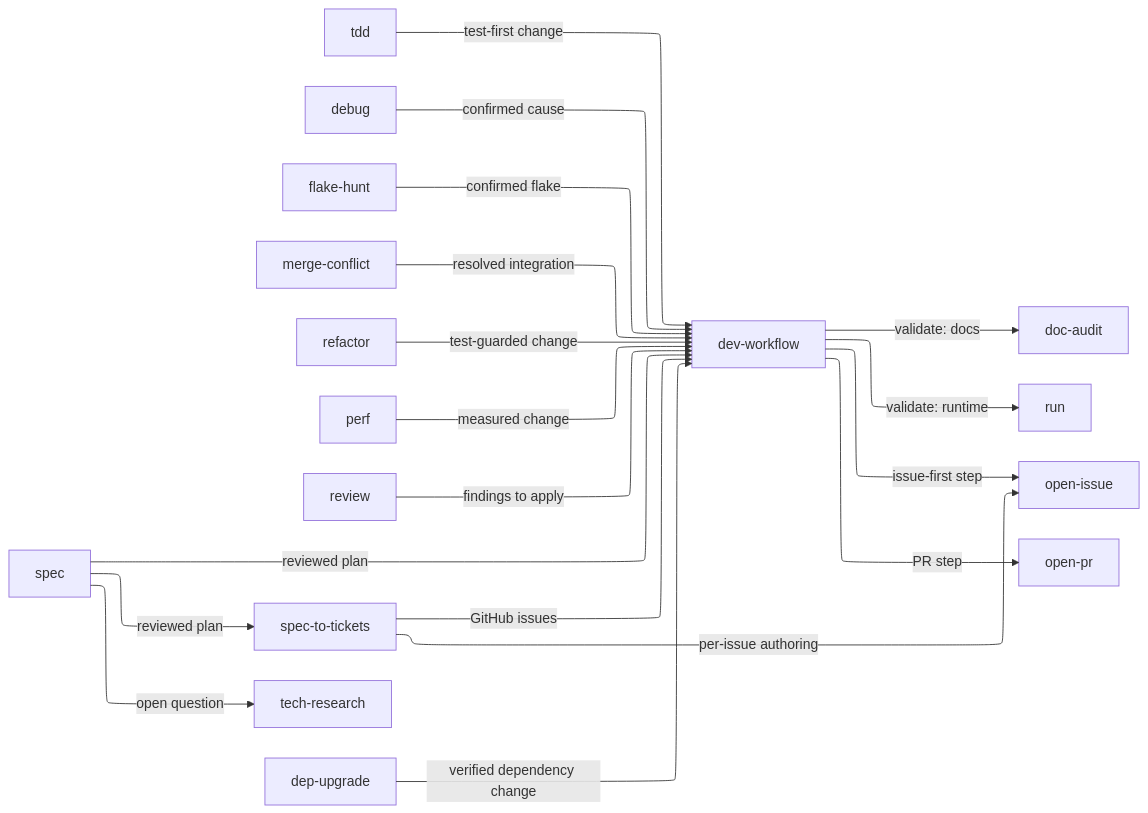
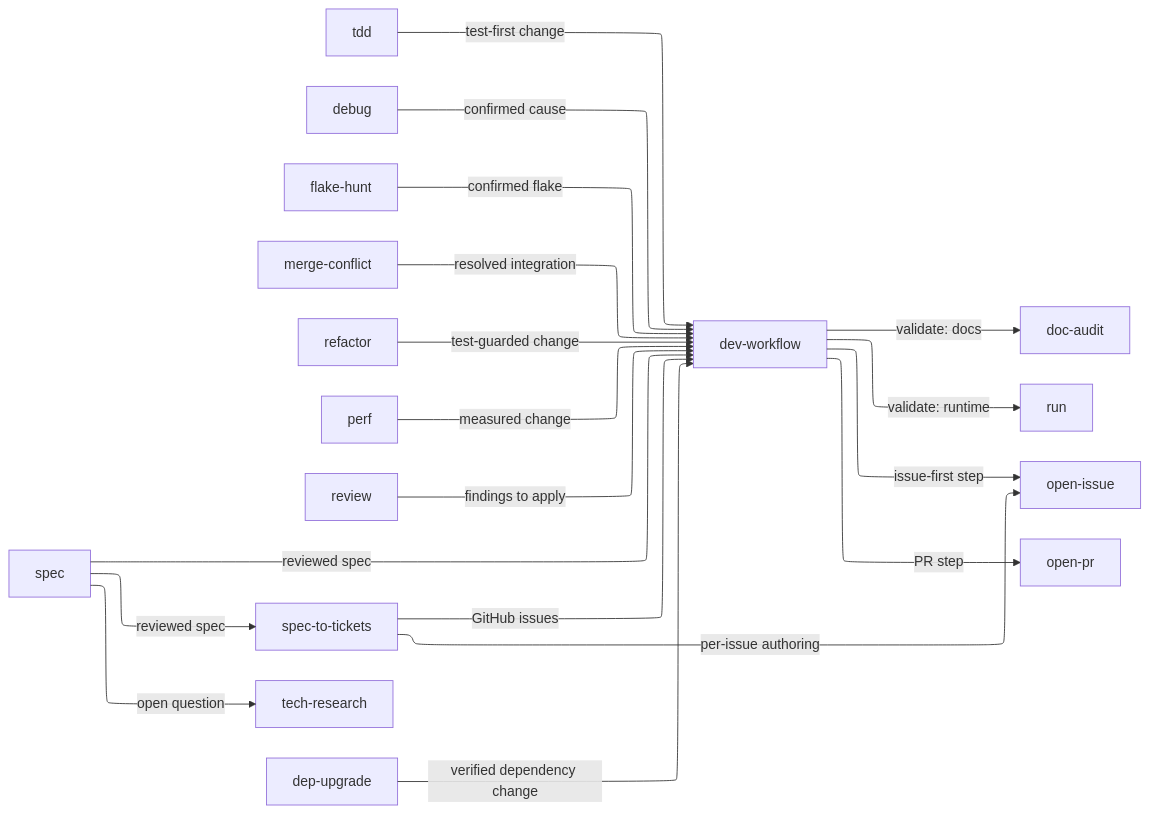
The diagram in docs/engineering-skill-composition.md (greerviau/skills), drawn with Mermaid before and after one commit. The commit also changed other lines of this file and 4 other files, not shown here.

First line of the commit message:
feat(spec): write only the human-facing spec, without an implementation plan

````diff
--- a/docs/engineering-skill-composition.md
+++ b/docs/engineering-skill-composition.md
@@ -8,39 +8,39 @@
 ```mermaid
 %%{init: {'flowchart': {'defaultRenderer': 'elk'}}}%%
 flowchart LR
     spec[spec]
     tdd[tdd]
     debug[debug]
     flakehunt[flake-hunt]
     mergeconflict[merge-conflict]
     refactor[refactor]
     perf[perf]
     review[review]
     s2t[spec-to-tickets]
     techresearch[tech-research]
     depupgrade[dep-upgrade]
     devworkflow[dev-workflow]
     docaudit[doc-audit]
     run[run]
     openissue[open-issue]
     openpr[open-pr]
 
-    spec -->|reviewed plan| s2t
-    spec -->|reviewed plan| devworkflow
+    spec -->|reviewed spec| s2t
+    spec -->|reviewed spec| devworkflow
     spec -->|open question| techresearch
     s2t -->|GitHub issues| devworkflow
     s2t -->|per-issue authoring| openissue
     tdd -->|test-first change| devworkflow
     debug -->|confirmed cause| devworkflow
     flakehunt -->|confirmed flake| devworkflow
     mergeconflict -->|resolved integration| devworkflow
     refactor -->|test-guarded change| devworkflow
     perf -->|measured change| devworkflow
     depupgrade -->|verified dependency change| devworkflow
     review -->|findings to apply| devworkflow
 
     devworkflow -->|issue-first step| openissue
     devworkflow -->|validate: docs| docaudit
     devworkflow -->|validate: runtime| run
     devworkflow -->|PR step| openpr
 ```
````
